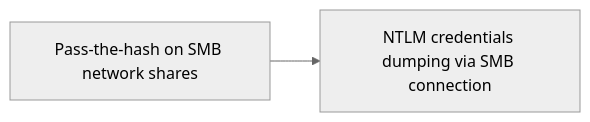
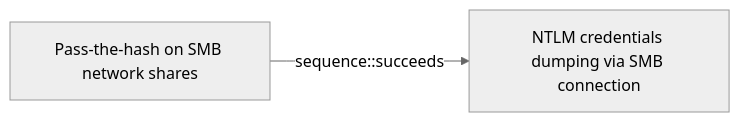
One commit to opentidehq/library changed the diagram in docs/threats/pass-the-hash-on-smb-network-shares.md. Above: the diagram before and after it, drawn with Mermaid (neutral theme). The commit also changed other lines of this file and 277 other files, not shown here.

````diff
--- a/docs/threats/pass-the-hash-on-smb-network-shares.md
+++ b/docs/threats/pass-the-hash-on-smb-network-shares.md
@@ -33,6 +93,6 @@
 ```mermaid
 flowchart LR
 5ea50181_1124_49aa_9d2c_c74103e86fd5["Pass-the-hash on SMB network shares"]
 02311e3e_b7b8_4369_9e1e_74c0a844ae0f["NTLM credentials dumping via SMB connection"]
-5ea50181_1124_49aa_9d2c_c74103e86fd5 --> 02311e3e_b7b8_4369_9e1e_74c0a844ae0f
+5ea50181_1124_49aa_9d2c_c74103e86fd5 -->|sequence::succeeds| 02311e3e_b7b8_4369_9e1e_74c0a844ae0f
 ```
````
